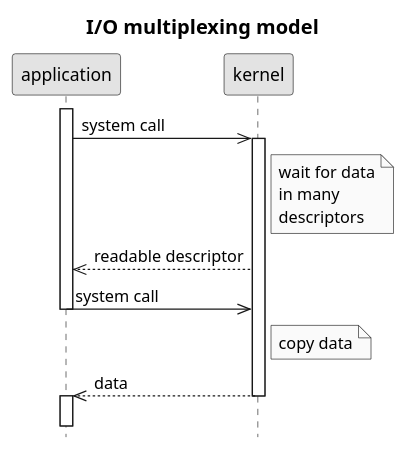
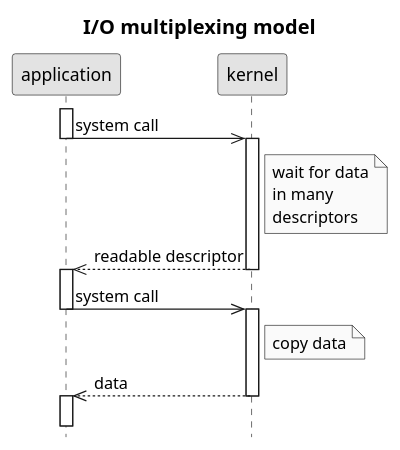
The diagram in .images/IO multiplexing model.puml (c0p4c4b4n4/demo-sockets-io-nio-nio2), drawn with PlantUML before and after one commit.

```diff
--- a/.images/IO multiplexing model.puml
+++ b/.images/IO multiplexing model.puml
@@ -1,18 +1,22 @@
 @startuml
 title I/O multiplexing model
 hide footbox
 skinparam monochrome true
 skinparam titleFontSize 16
 activate application
 application->>kernel: system call
+deactivate application
 activate kernel
 Note right of kernel: wait for data\nin many\ndescriptors
 kernel-->>application: readable descriptor
+deactivate kernel
+activate application
 application->>kernel: system call
 deactivate application
+activate kernel
 Note right of kernel: copy data
 kernel-->>application: data
 deactivate kernel
 activate application
 ||15||
 @enduml
```
